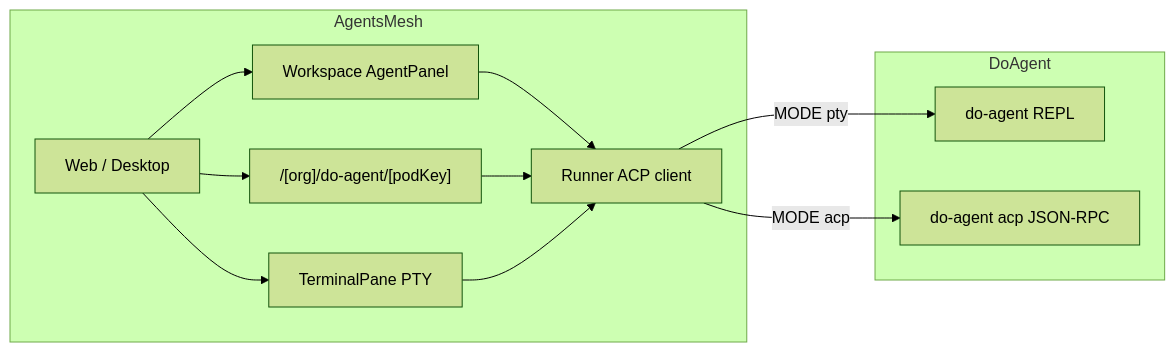
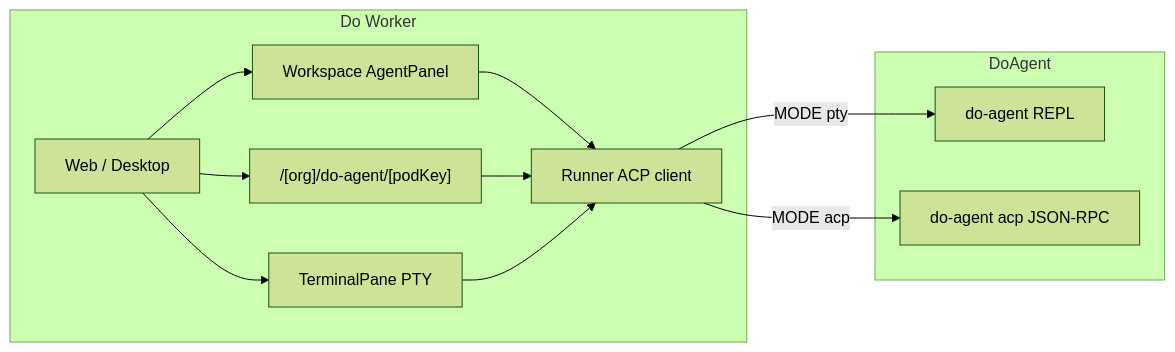
Before and after one commit to l8ai-cn/DoWorker: the diagram in docs/integrations/do-agent.md, drawn with Mermaid (forest theme). The commit also changed other lines of this file and 739 other files, not shown here.

````diff
--- a/docs/integrations/do-agent.md
+++ b/docs/integrations/do-agent.md
@@ -18,24 +18,24 @@
 ```mermaid
 flowchart LR
-  subgraph AgentsMesh
+  subgraph Do Worker
     Web["Web / Desktop"]
     Console["/[org]/do-agent/[podKey]"]
     Workspace["Workspace AgentPanel"]
     Terminal["TerminalPane PTY"]
     Runner["Runner ACP client"]
     Web --> Console
     Web --> Workspace
     Web --> Terminal
     Workspace --> Runner
     Console --> Runner
     Terminal --> Runner
   end
 
   subgraph DoAgent
     REPL["do-agent REPL"]
     ACP["do-agent acp JSON-RPC"]
   end
 
   Runner -->|"MODE pty"| REPL
   Runner -->|"MODE acp"| ACP
 ```
````
